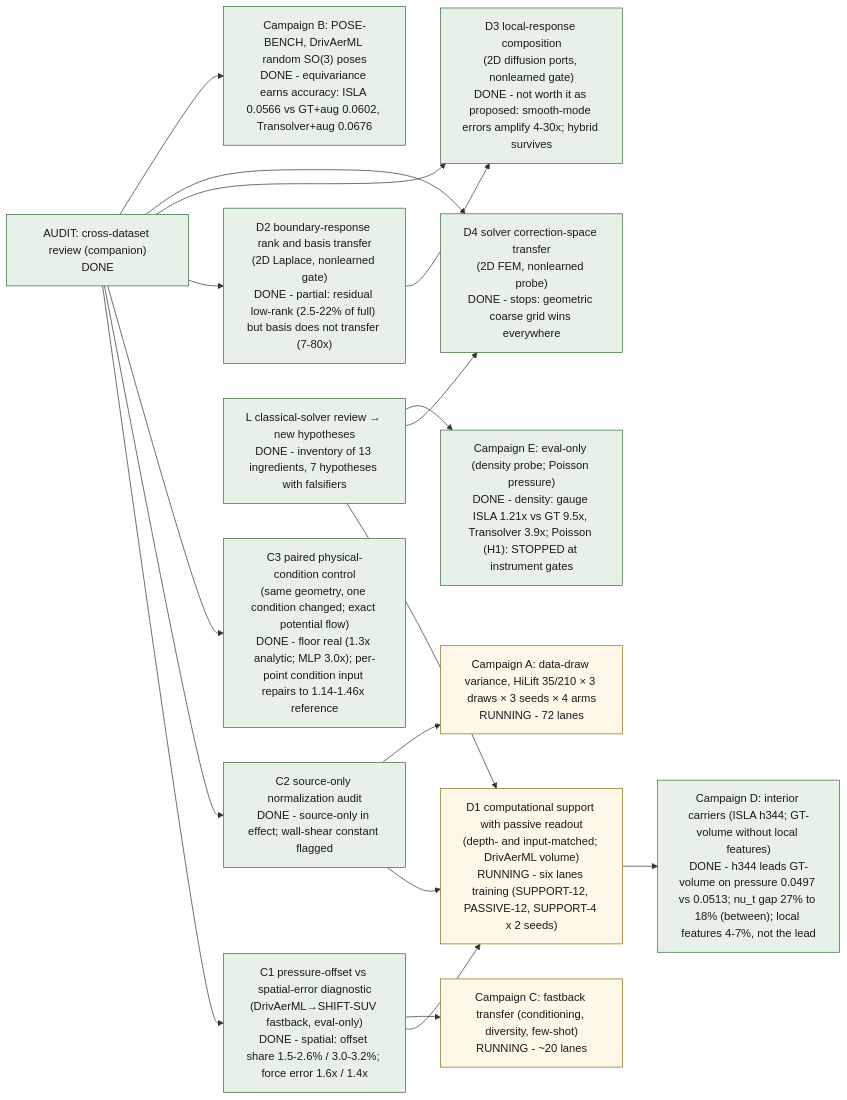
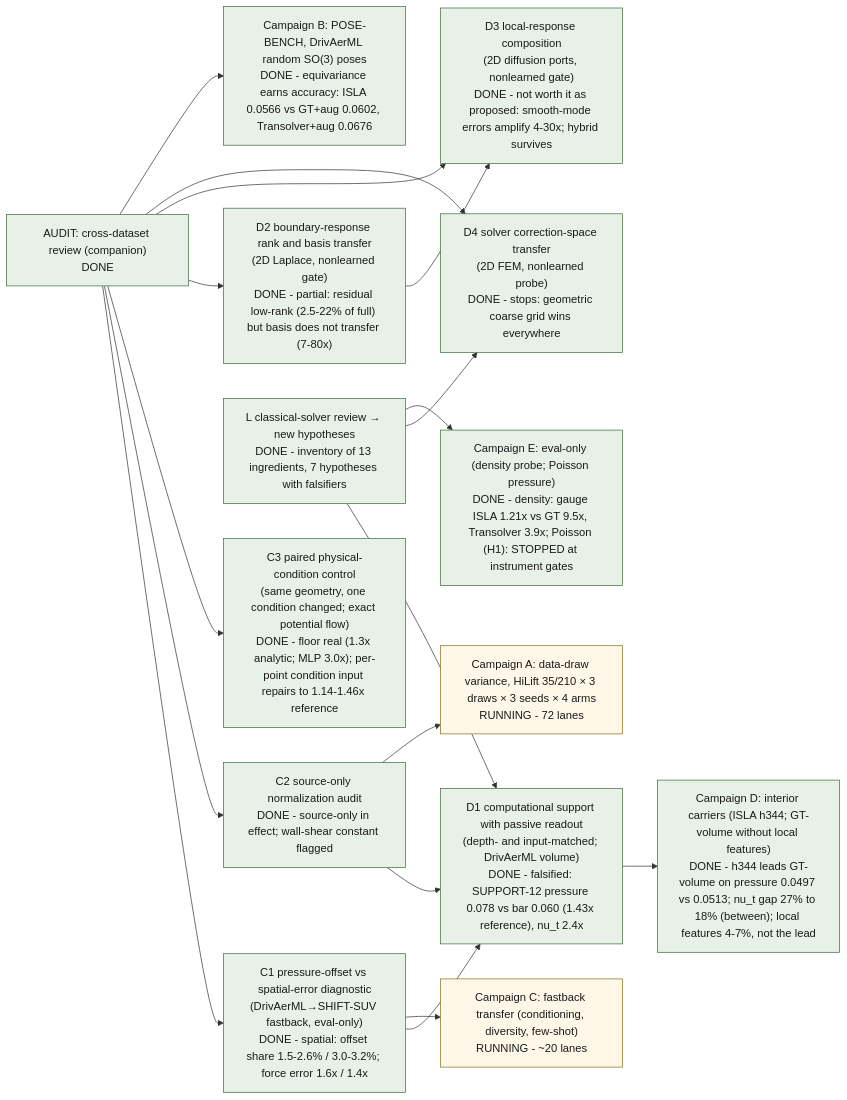
The diagram in examples/cfd/mesh_transformer/research/transfer_program/index.qmd (peterdsharpe/modulus), drawn with Mermaid before and after one commit. The commit also changed other lines of this file and 3 other files, not shown here.

Commit message:
Transfer program: D1 verdict (falsified: passive readout on an interacting support loses 43% pressure, 34% velocity, 2.4x eddy viscosity at matched depth and inputs); chapter 2 written; ledger; artifact

````diff
--- a/examples/cfd/mesh_transformer/research/transfer_program/index.qmd
+++ b/examples/cfd/mesh_transformer/research/transfer_program/index.qmd
@@ -36,37 +36,37 @@
 ```{mermaid}
 flowchart LR
   classDef done fill:#e8f1e8,stroke:#3a6b3a,color:#1a1a1a
   classDef running fill:#fff8e8,stroke:#8a6d1a,color:#1a1a1a
   classDef ready fill:#eef3fb,stroke:#2a5ba8,color:#1a1a1a
   classDef planned fill:#f2f1ec,stroke:#898781,color:#1a1a1a,stroke-dasharray:4 3
   AUDIT["AUDIT: cross-dataset review (companion)<br/>DONE"]:::done
   POFF["C1 pressure-offset vs spatial-error diagnostic<br/>(DrivAerML→SHIFT-SUV fastback, eval-only)<br/>DONE - spatial: offset share 1.5-2.6% / 3.0-3.2%; force error 1.6x / 1.4x"]:::done
   SNORM["C2 source-only normalization audit<br/>DONE - source-only in effect; wall-shear constant flagged"]:::done
   PAIR["C3 paired physical-condition control<br/>(same geometry, one condition changed; exact potential flow)<br/>DONE - floor real (1.3x analytic; MLP 3.0x); per-point condition input repairs to 1.14-1.46x reference"]:::done
-  SUPP["D1 computational support with passive readout<br/>(depth- and input-matched; DrivAerML volume)<br/>RUNNING - six lanes training (SUPPORT-12, PASSIVE-12, SUPPORT-4 x 2 seeds)"]:::running
+  SUPP["D1 computational support with passive readout<br/>(depth- and input-matched; DrivAerML volume)<br/>DONE - falsified: SUPPORT-12 pressure 0.078 vs bar 0.060 (1.43x reference), nu_t 2.4x"]:::done
   RESP["D2 boundary-response rank and basis transfer<br/>(2D Laplace, nonlearned gate)<br/>DONE - partial: residual low-rank (2.5-22% of full) but basis does not transfer (7-80x)"]:::done
   COMP["D3 local-response composition<br/>(2D diffusion ports, nonlearned gate)<br/>DONE - not worth it as proposed: smooth-mode errors amplify 4-30x; hybrid survives"]:::done
   SOLV["D4 solver correction-space transfer<br/>(2D FEM, nonlearned probe)<br/>DONE - stops: geometric coarse grid wins everywhere"]:::done
   CLASS["L classical-solver review → new hypotheses<br/>DONE - inventory of 13 ingredients, 7 hypotheses with falsifiers"]:::done
   CAMPA["Campaign A: data-draw variance, HiLift 35/210 × 3 draws × 3 seeds × 4 arms<br/>RUNNING - 72 lanes"]:::running
   CAMPB["Campaign B: POSE-BENCH, DrivAerML random SO(3) poses<br/>DONE - equivariance earns accuracy: ISLA 0.0566 vs GT+aug 0.0602, Transolver+aug 0.0676"]:::done
   CAMPC["Campaign C: fastback transfer (conditioning, diversity, few-shot)<br/>RUNNING - ~20 lanes"]:::running
   CAMPD["Campaign D: interior carriers (ISLA h344; GT-volume without local features)<br/>DONE - h344 leads GT-volume on pressure 0.0497 vs 0.0513; nu_t gap 27% to 18% (between); local features 4-7%, not the lead"]:::done
   CAMPE["Campaign E: eval-only (density probe; Poisson pressure)<br/>DONE - density: gauge ISLA 1.21x vs GT 9.5x, Transolver 3.9x; Poisson (H1): STOPPED at instrument gates"]:::done
   AUDIT --> POFF
   AUDIT --> SNORM
   AUDIT --> PAIR
   POFF --> SUPP
   SNORM --> SUPP
   AUDIT --> RESP
   AUDIT --> COMP
   AUDIT --> SOLV
   RESP --> COMP
   CLASS --> SUPP
   CLASS --> SOLV
   POFF --> CAMPC
   SNORM --> CAMPA
   CLASS --> CAMPE
   SUPP --> CAMPD
   AUDIT --> CAMPB
 ```
````
